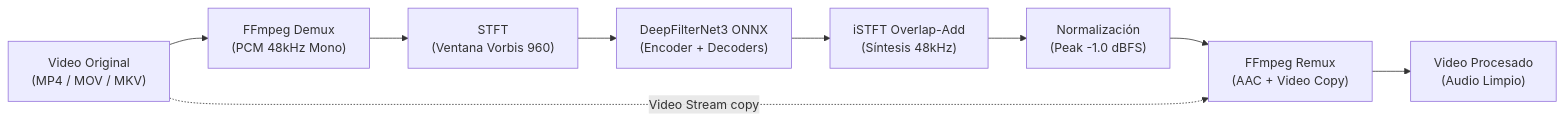
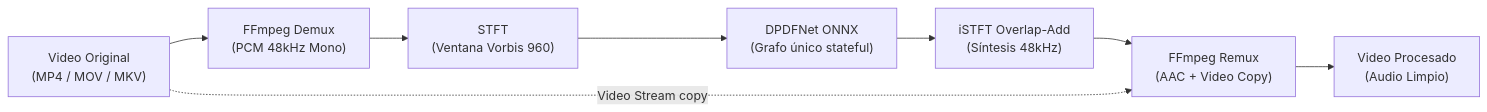
One commit to CristianRojas-SoftwareEngineer/Denoise changed the diagram in README.md. Above: the diagram before and after it, drawn with Mermaid. The commit also changed other lines of this file and 34 other files, not shown here.

First line of the commit message:
feat(dsp): migra el motor de DeepFilterNet3 a DPDFNet con paridad sherpa-onnx

````diff
--- a/README.md
+++ b/README.md
@@ -210,11 +210,10 @@
 ```mermaid
 flowchart LR
-    A["Video Original<br/>(MP4 / MOV / MKV)"] --> B["FFmpeg Demux<br/>(PCM 48kHz Mono)"]
-    B --> C["STFT<br/>(Ventana Vorbis 960)"]
-    C --> D["DeepFilterNet3 ONNX<br/>(Encoder + Decoders)"]
-    D --> E["iSTFT Overlap-Add<br/>(Síntesis 48kHz)"]
-    E --> F["Normalización<br/>(Peak -1.0 dBFS)"]
-    F --> G["FFmpeg Remux<br/>(AAC + Video Copy)"]
-    A -.->|Video Stream copy| G
-    G --> H["Video Procesado<br/>(Audio Limpio)"]
+ A["Video Original<br/>(MP4 / MOV / MKV)"] --> B["FFmpeg Demux<br/>(PCM 48kHz Mono)"]
+ B --> C["STFT<br/>(Ventana Vorbis 960)"]
+ C --> D["DPDFNet ONNX<br/>(Grafo único stateful)"]
+ D --> E["iSTFT Overlap-Add<br/>(Síntesis 48kHz)"]
+ E --> G["FFmpeg Remux<br/>(AAC + Video Copy)"]
+ A -.->|Video Stream copy| G
+ G --> H["Video Procesado<br/>(Audio Limpio)"]
 ```
````
